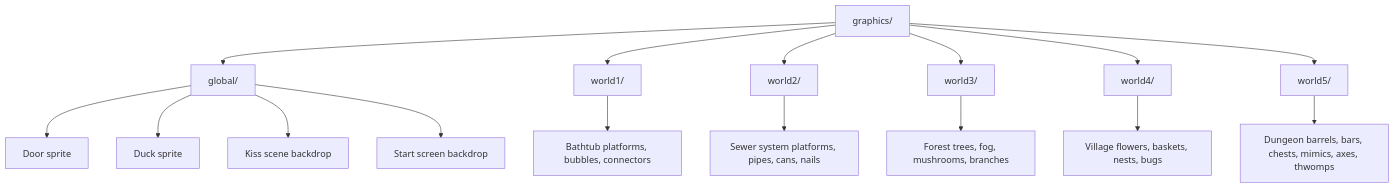
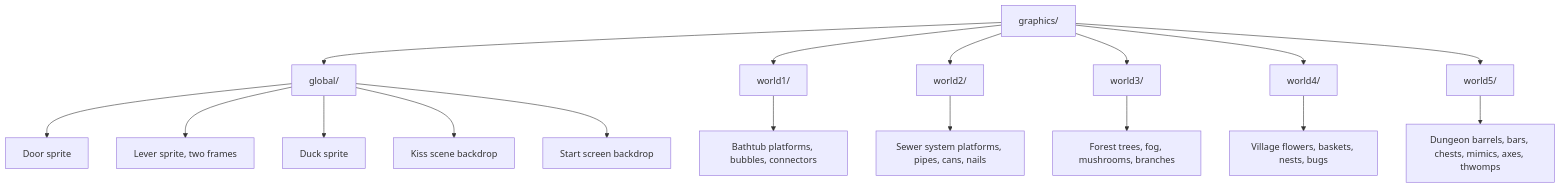
Before and after one commit to gba-projekt-thi/platformer: the first of 3 diagrams in docs/asset-management.md, drawn with Mermaid. The commit also changed 23 other files, not shown here.

````diff
--- a/docs/asset-management.md
+++ b/docs/asset-management.md
@@ -16,18 +16,19 @@
 ```mermaid
 graph TD
     G[graphics/] --> Glob[global/]
     G --> W1[world1/]
     G --> W2[world2/]
     G --> W3[world3/]
     G --> W4[world4/]
     G --> W5[world5/]
     Glob --> Door[Door sprite]
+    Glob --> Lever[Lever sprite, two frames]
     Glob --> Duck[Duck sprite]
     Glob --> Kiss[Kiss scene backdrop]
     Glob --> Start[Start screen backdrop]
     W1 --> T1[Bathtub platforms, bubbles, connectors]
     W2 --> T2[Sewer system platforms, pipes, cans, nails]
     W3 --> T3[Forest trees, fog, mushrooms, branches]
     W4 --> T4[Village flowers, baskets, nests, bugs]
     W5 --> T5[Dungeon barrels, bars, chests, mimics, axes, thwomps]
 ```
````
